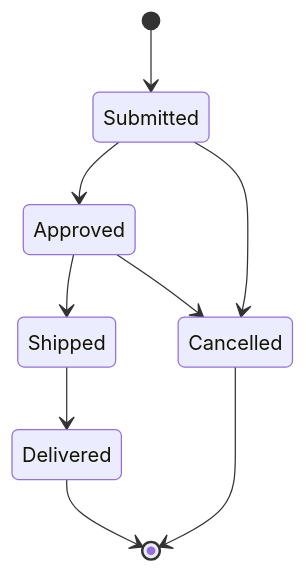
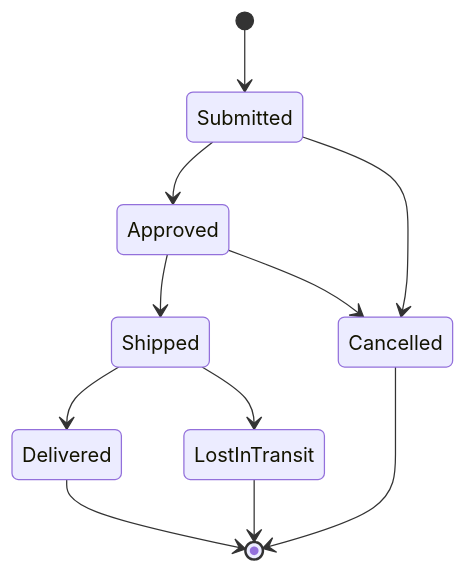
One commit to nicholasschirmer/order-tracker changed the third of 4 diagrams in docs/architecture.md. Above: the diagram before and after it, drawn with Mermaid. The commit also changed 36 other files, not shown here.

First line of the commit message:
Add LostInTransit terminal order status

````diff
--- a/docs/architecture.md
+++ b/docs/architecture.md
@@ -92,11 +92,13 @@
 ```mermaid
 stateDiagram-v2
     [*] --> Submitted
     Submitted --> Approved
     Submitted --> Cancelled
     Approved --> Shipped
     Approved --> Cancelled
     Shipped --> Delivered
+    Shipped --> LostInTransit
     Delivered --> [*]
     Cancelled --> [*]
+    LostInTransit --> [*]
 ```
````
